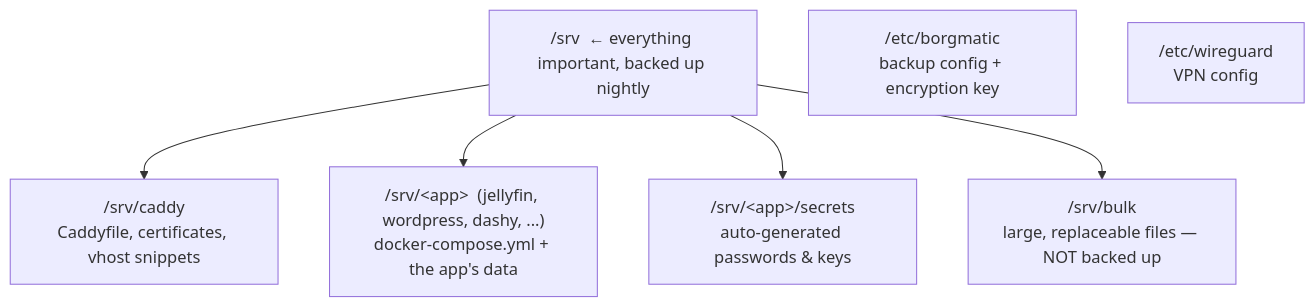
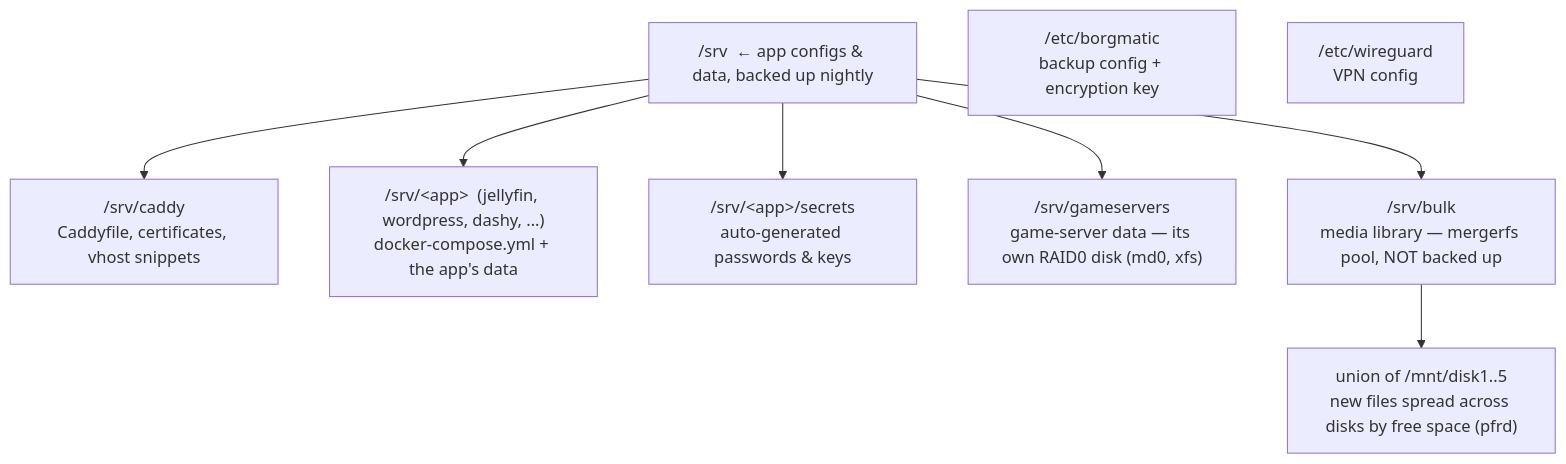
One commit to sage905/final changed the second of 3 diagrams in docs/Server-Guide.md. Above: the diagram before and after it, drawn with Mermaid. The commit also changed other lines of this file and 15 other files, not shown here.

````diff
--- a/docs/Server-Guide.md
+++ b/docs/Server-Guide.md
@@ -83,10 +83,12 @@
 ```mermaid
 flowchart TD
-    srv["/srv  ← everything important, backed up nightly"]
+    srv["/srv  ← app configs & data, backed up nightly"]
     srv --> caddy["/srv/caddy<br/>Caddyfile, certificates, vhost snippets"]
     srv --> apps["/srv/&lt;app&gt;  (jellyfin, wordpress, dashy, ...)<br/>docker-compose.yml + the app's data"]
     srv --> secrets["/srv/&lt;app&gt;/secrets<br/>auto-generated passwords & keys"]
-    srv --> bulk["/srv/bulk<br/>large, replaceable files — NOT backed up"]
+    srv --> games["/srv/gameservers<br/>game-server data — its own RAID0 disk (md0, xfs)"]
+    srv --> bulk["/srv/bulk<br/>media library — mergerfs pool, NOT backed up"]
+    bulk --> pool["union of /mnt/disk1..5<br/>new files spread across disks by free space (pfrd)"]
     etc["/etc/borgmatic<br/>backup config + encryption key"]
     etc2["/etc/wireguard<br/>VPN config"]
 ```
````
